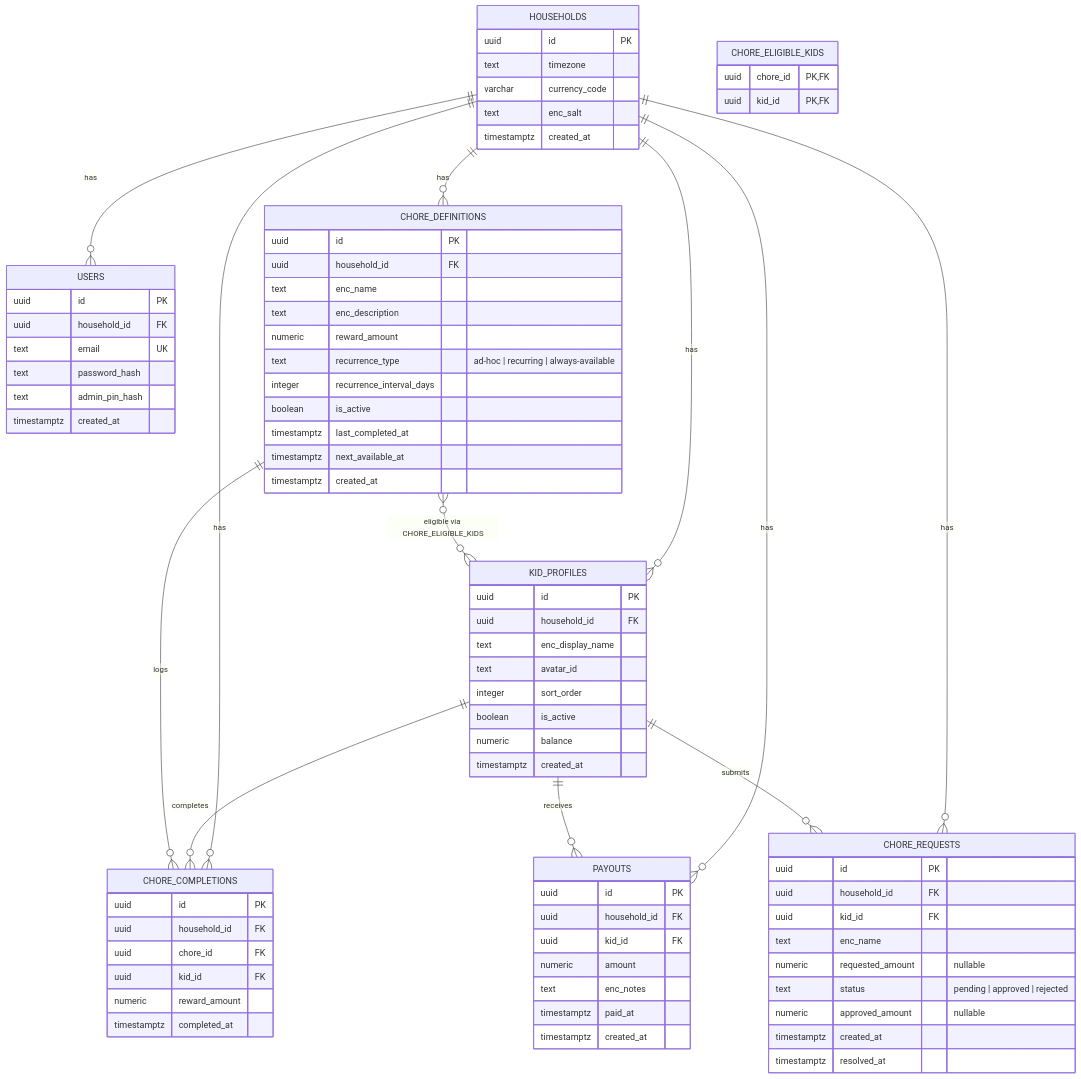
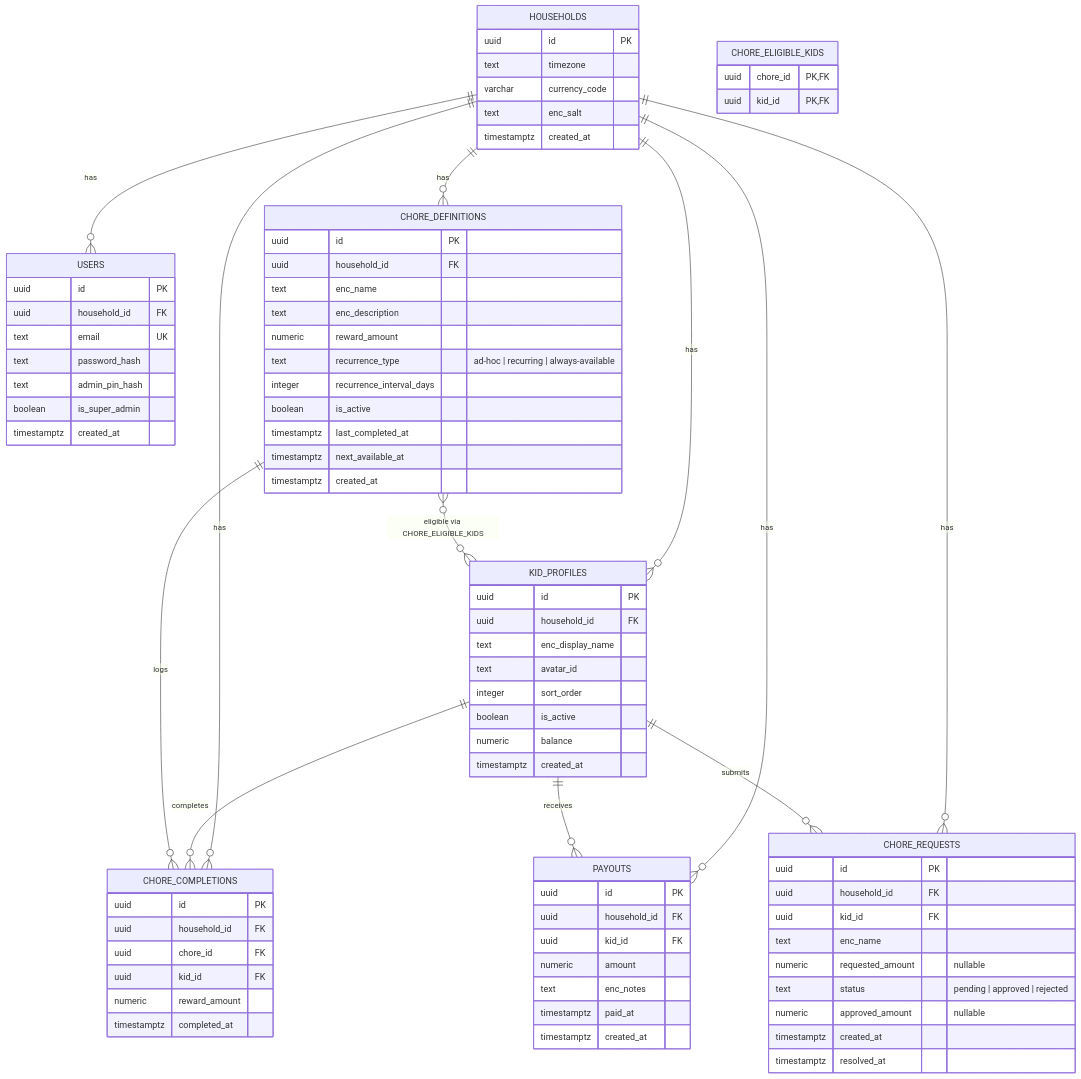
Before and after one commit to mrmeyers99/chorgie: the diagram in README.md, drawn with Mermaid. The commit also changed 18 other files, not shown here.

Commit message:
Add super admin household overview (#94)

```diff
--- a/README.md
+++ b/README.md
@@ -32,6 +32,7 @@
         text email UK
         text password_hash
         text admin_pin_hash
+        boolean is_super_admin
         timestamptz created_at
     }
 
```
